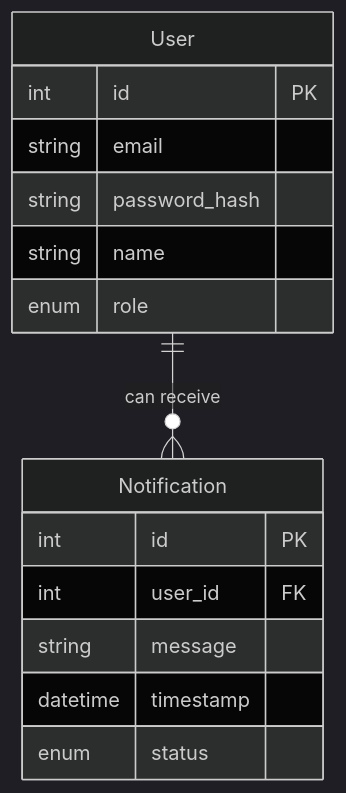
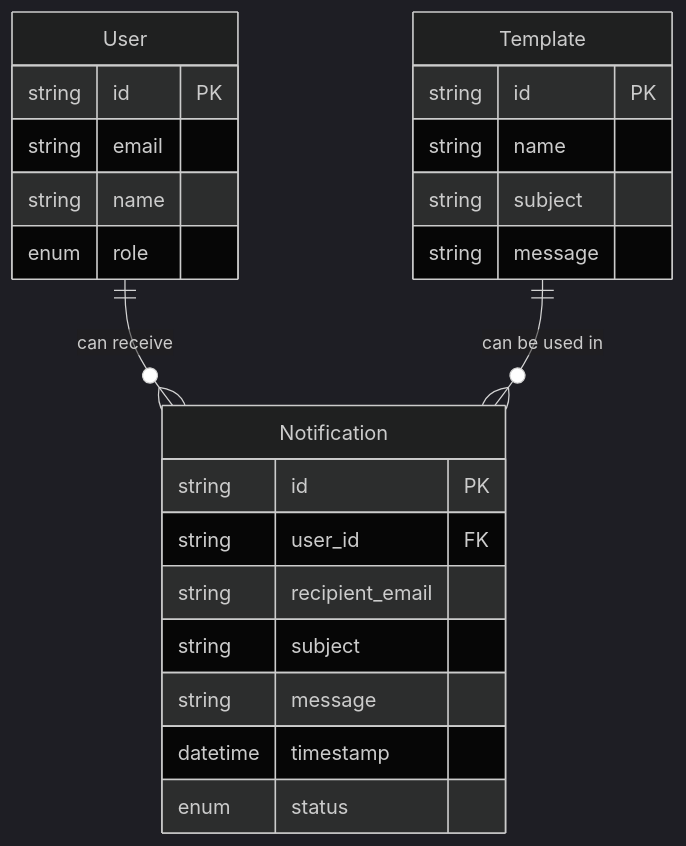
The second of 2 diagrams in profile/2-design/4_4-notification-system.domain.md (AstroBookings/.github), drawn with Mermaid (dark theme) before and after one commit. The commit also changed other lines of this file and 2 other files, not shown here.

Commit message:
feat; notification system domain

````diff
--- a/profile/2-design/4_4-notification-system.domain.md
+++ b/profile/2-design/4_4-notification-system.domain.md
@@ -124,20 +136,29 @@
 ```mermaid
 erDiagram
     User {
-        int id PK
+        string id PK
         string email
-        string password_hash
         string name
         enum role
     }
 
     Notification {
-        int id PK
-        int user_id FK
+        string id PK
+        string user_id FK
+        string recipient_email
+        string subject
         string message
         datetime timestamp
         enum status
     }
 
+    Template {
+        string id PK
+        string name
+        string subject
+        string message
+    }
+
    User ||--o{ Notification : "can receive"
+   Template ||--o{ Notification : "can be used in"
 ```
````
